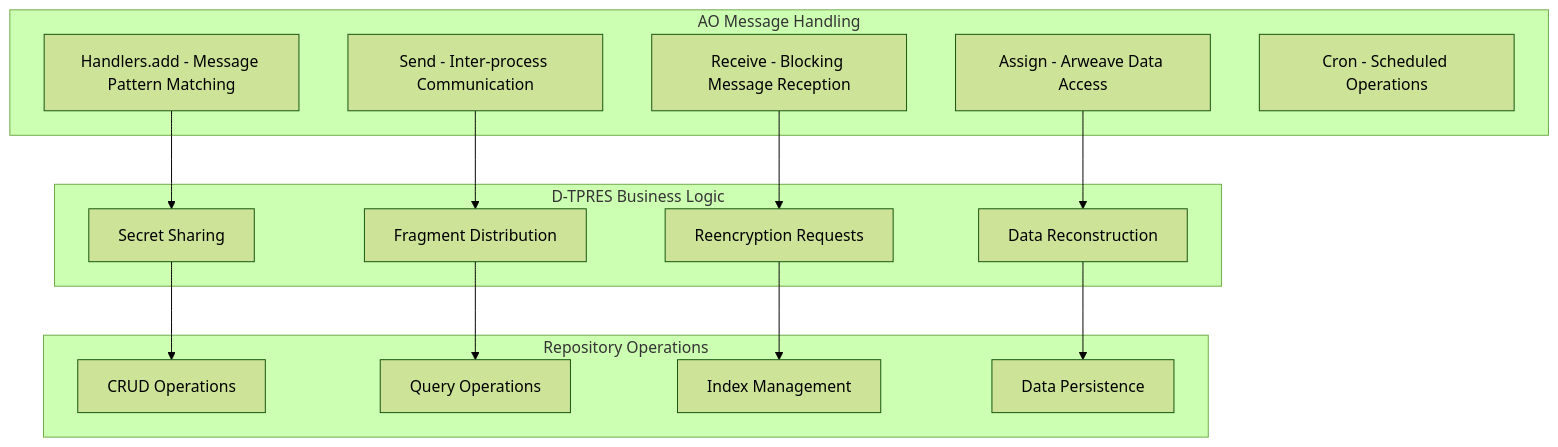
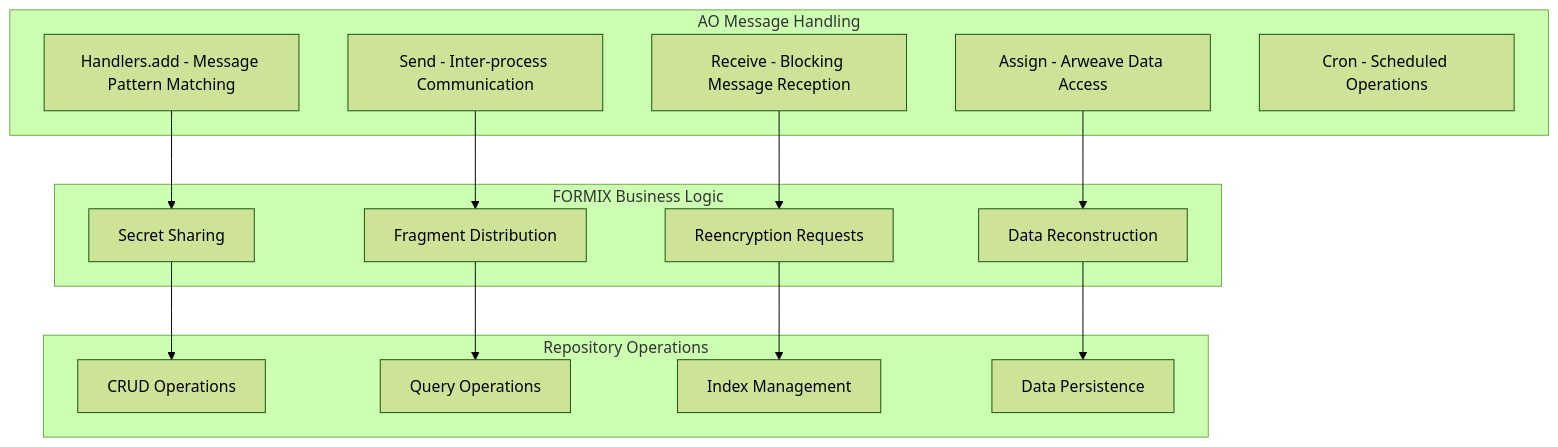
Before and after one commit to shodaimomiyama/D-TPRES: the fourth of 4 diagrams in discuss/ao_native_entity_repository_design.md, drawn with Mermaid (forest theme). The commit also changed other lines of this file and 133 other files, not shown here.

First line of the commit message:
Rename D-TPRES to FORMIX across documentation and codebase

````diff
--- a/discuss/ao_native_entity_repository_design.md
+++ b/discuss/ao_native_entity_repository_design.md
@@ -1128,34 +1128,34 @@
 ```mermaid
 graph TB
     subgraph "AO Message Handling"
         A1[Handlers.add - Message Pattern Matching]
         A2[Send - Inter-process Communication]
         A3[Receive - Blocking Message Reception]
         A4[Assign - Arweave Data Access]
         A5[Cron - Scheduled Operations]
     end
     
     subgraph "Repository Operations"
         B1[CRUD Operations]
         B2[Query Operations]
         B3[Index Management]
         B4[Data Persistence]
     end
     
-    subgraph "D-TPRES Business Logic"
+    subgraph "FORMIX Business Logic"
         C1[Secret Sharing]
         C2[Fragment Distribution]
         C3[Reencryption Requests]
         C4[Data Reconstruction]
     end
     
     A1 --> C1
     A2 --> C2
     A3 --> C3
     A4 --> C4
     
     C1 --> B1
     C2 --> B2
     C3 --> B3
     C4 --> B4
 ```
````
